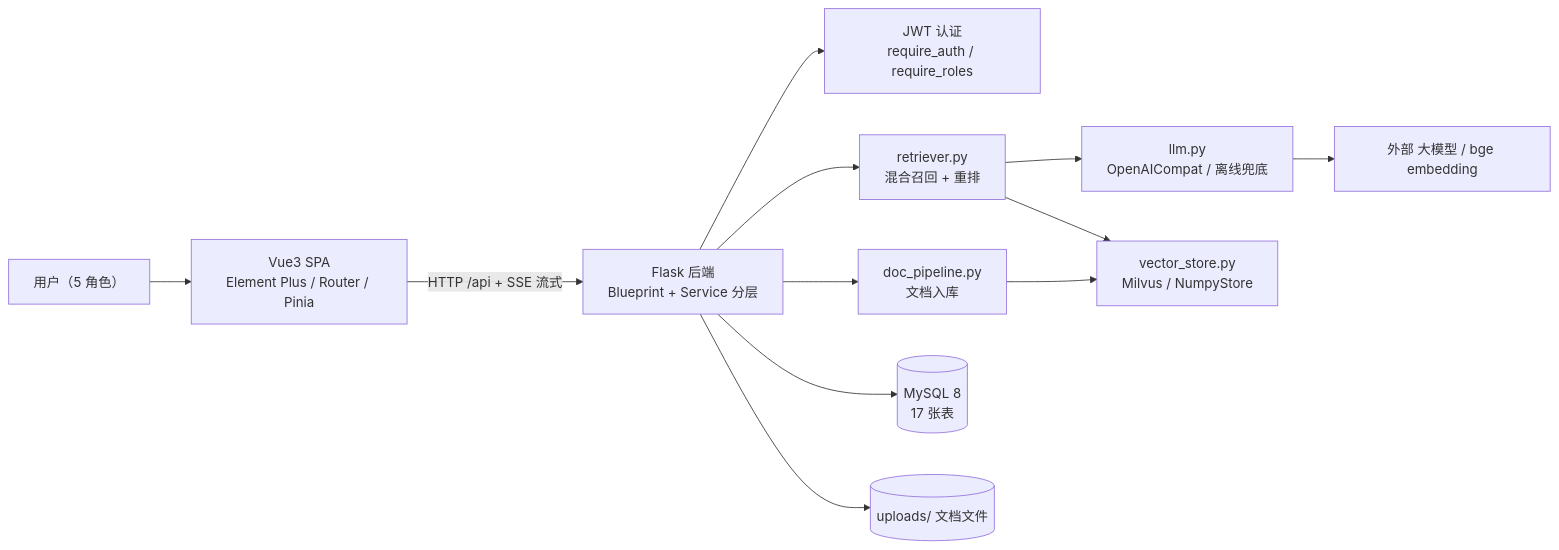
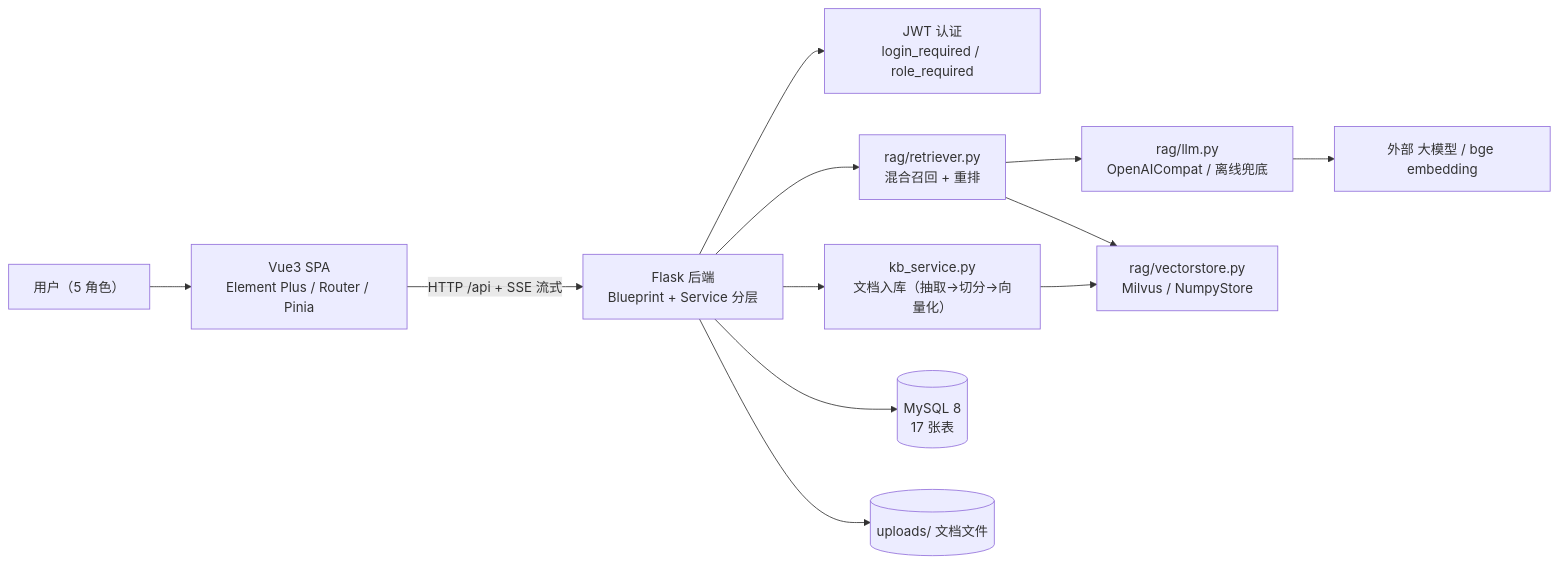
One commit to SFANBLOG/medical-assistant-master changed the third of 14 diagrams in 面试准备/项目完整架构与流程图.md. Above: the diagram before and after it, drawn with Mermaid. The commit also changed other lines of this file and 3 other files, not shown here.

````diff
--- a/面试准备/项目完整架构与流程图.md
+++ b/面试准备/项目完整架构与流程图.md
@@ -96,14 +96,14 @@
 ```mermaid
 flowchart LR
     U["用户（5 角色）"] --> FE["Vue3 SPA<br/>Element Plus / Router / Pinia"]
     FE -- "HTTP /api + SSE 流式" --> BE["Flask 后端<br/>Blueprint + Service 分层"]
-    BE --> AUTH["JWT 认证<br/>require_auth / require_roles"]
-    BE --> RET["retriever.py<br/>混合召回 + 重排"]
-    BE --> PIPE["doc_pipeline.py<br/>文档入库"]
-    RET --> LLM["llm.py<br/>OpenAICompat / 离线兜底"]
-    RET --> VS["vector_store.py<br/>Milvus / NumpyStore"]
+    BE --> AUTH["JWT 认证<br/>login_required / role_required"]
+    BE --> RET["rag/retriever.py<br/>混合召回 + 重排"]
+    BE --> PIPE["kb_service.py<br/>文档入库（抽取→切分→向量化）"]
+    RET --> LLM["rag/llm.py<br/>OpenAICompat / 离线兜底"]
+    RET --> VS["rag/vectorstore.py<br/>Milvus / NumpyStore"]
     BE --> MySQL[("MySQL 8<br/>17 张表")]
     BE --> FS[("uploads/ 文档文件")]
     PIPE --> VS
     LLM --> EXT["外部 大模型 / bge embedding"]
 ```
````
